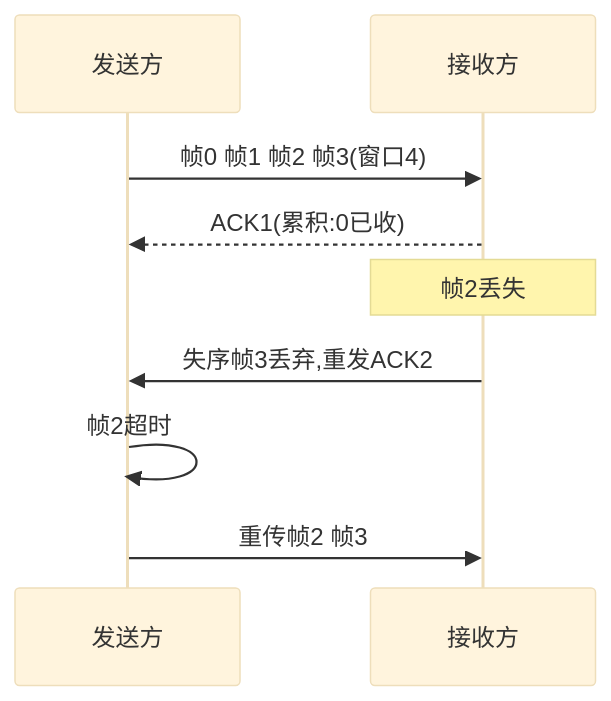
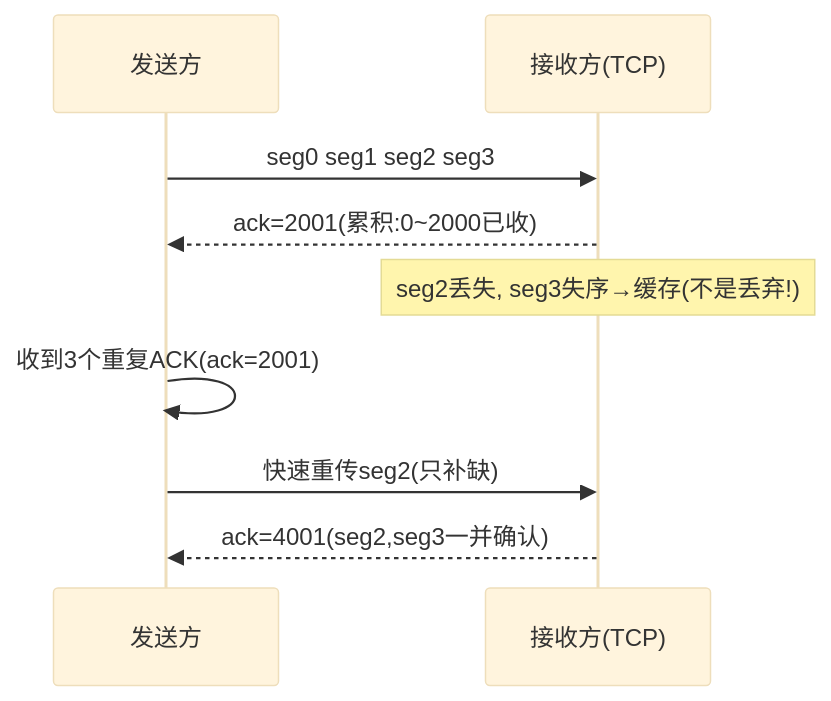
One commit to 2H-K/2h-k.github.io changed the diagram in _posts/2026-09-13-872-net-07-tcp-reliable.md. Above: the diagram before and after it, drawn with Mermaid (base theme). The commit also changed other lines of this file and 2 other files, not shown here.

````diff
--- a/_posts/2026-09-13-872-net-07-tcp-reliable.md
+++ b/_posts/2026-09-13-872-net-07-tcp-reliable.md
@@ -154,11 +146,11 @@
 ```mermaid
 sequenceDiagram
     participant S as 发送方
-    participant R as 接收方
-    S->>R: 帧0 帧1 帧2 帧3(窗口4)
-    R-->>S: ACK1(累积:0已收)
-    Note over R: 帧2丢失
-    R->>S: 失序帧3丢弃,重发ACK2
-    S->>S: 帧2超时
-    S->>R: 重传帧2 帧3
+    participant R as 接收方(TCP)
+    S->>R: seg0 seg1 seg2 seg3
+    R-->>S: ack=2001(累积:0~2000已收)
+    Note over R: seg2丢失, seg3失序→缓存(不是丢弃!)
+    S->>S: 收到3个重复ACK(ack=2001)
+    S->>R: 快速重传seg2(只补缺)
+    R-->>S: ack=4001(seg2,seg3一并确认)
 ```
````
